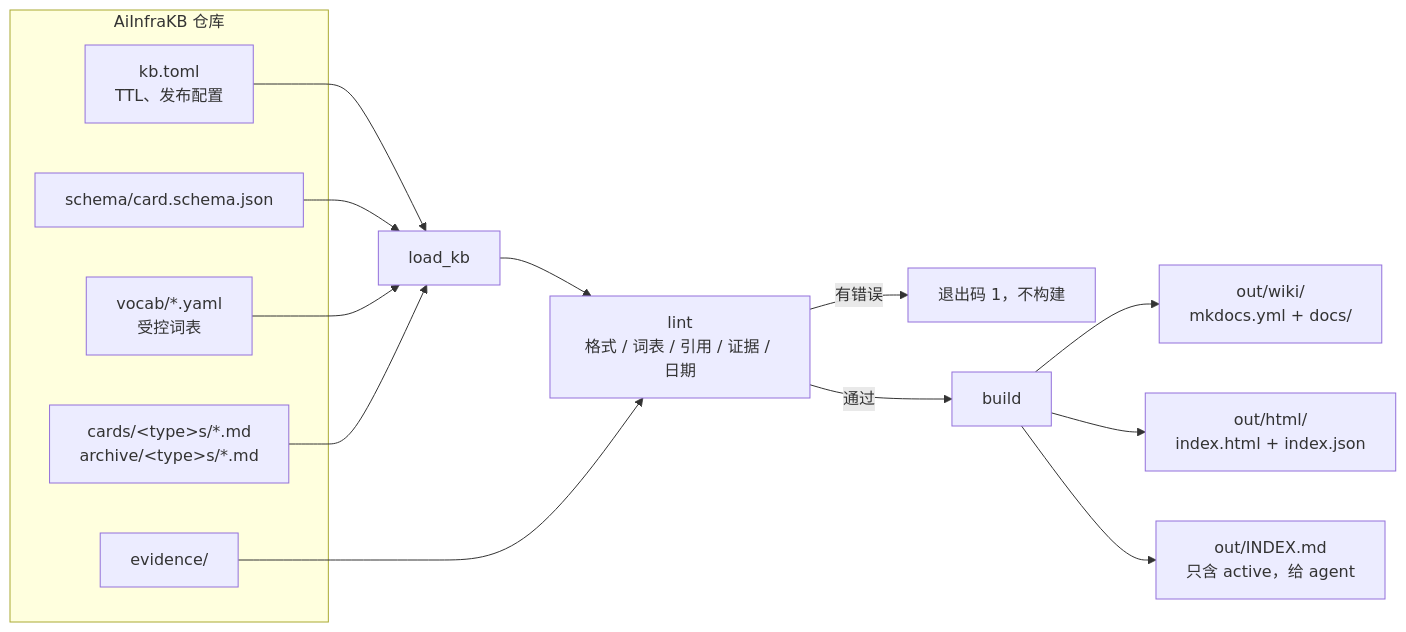
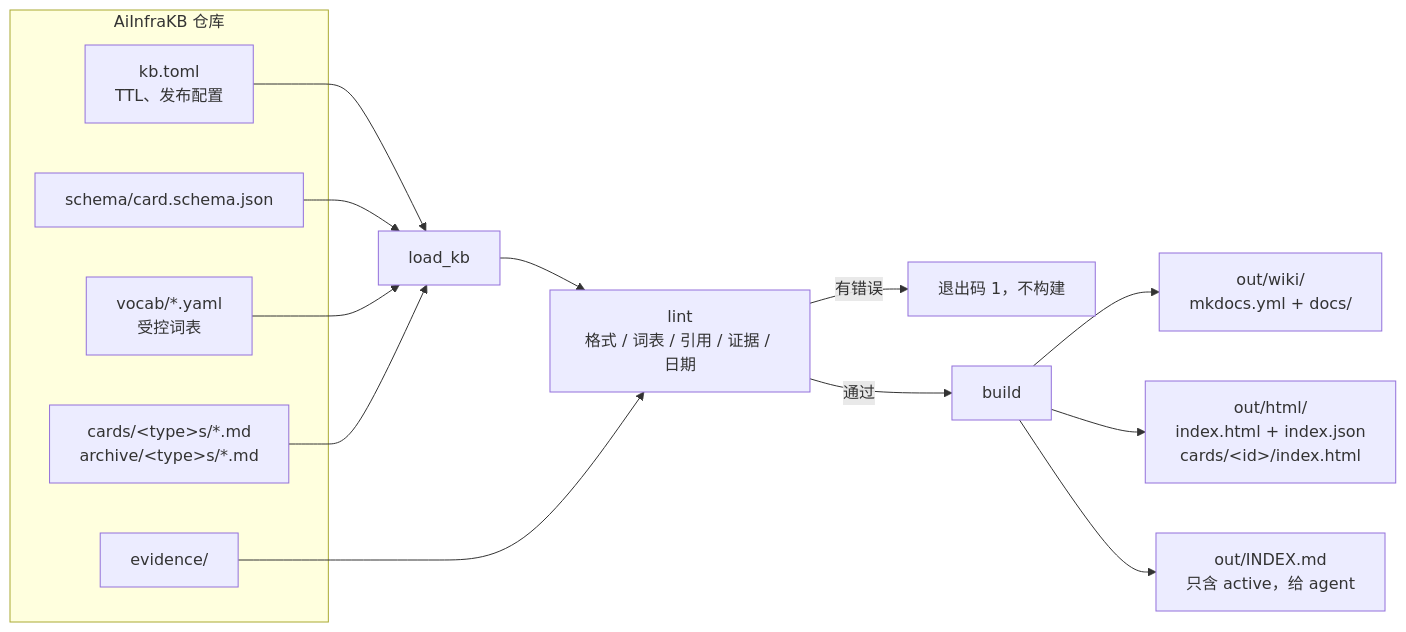
The first of 2 diagrams in docs/architecture.md (happyAnger66-an/AiInfraKB), drawn with Mermaid before and after one commit. The commit also changed other lines of this file and 3 other files, not shown here.

First line of the commit message:
feat: kb build 为每张卡写出可点开的静态 HTML (#6)

````diff
--- a/docs/architecture.md
+++ b/docs/architecture.md
@@ -7,21 +7,21 @@
 ```mermaid
 flowchart LR
   subgraph repo["AiInfraKB 仓库"]
     CFG["kb.toml<br/>TTL、发布配置"]
     SCH["schema/card.schema.json"]
     VOC["vocab/*.yaml<br/>受控词表"]
     CARDS["cards/&lt;type&gt;s/*.md<br/>archive/&lt;type&gt;s/*.md"]
     EVI["evidence/"]
   end
   CFG --> LOAD["load_kb"]
   SCH --> LOAD
   VOC --> LOAD
   CARDS --> LOAD
   LOAD --> LINT["lint<br/>格式 / 词表 / 引用 / 证据 / 日期"]
   EVI --> LINT
   LINT -->|有错误| STOP["退出码 1，不构建"]
   LINT -->|通过| BUILD["build"]
   BUILD --> WIKI["out/wiki/<br/>mkdocs.yml + docs/"]
-  BUILD --> HTML["out/html/<br/>index.html + index.json"]
+  BUILD --> HTML["out/html/<br/>index.html + index.json<br/>cards/&lt;id&gt;/index.html"]
   BUILD --> AIDX["out/INDEX.md<br/>只含 active，给 agent"]
 ```
````
